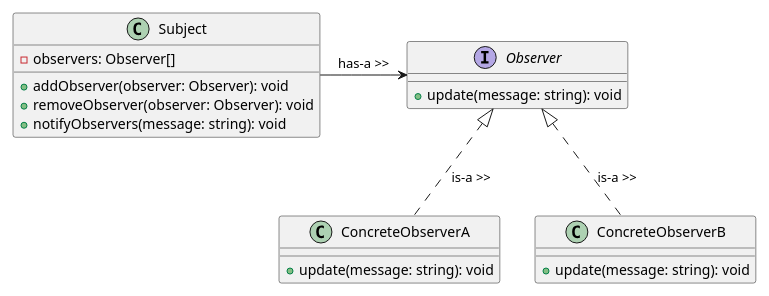
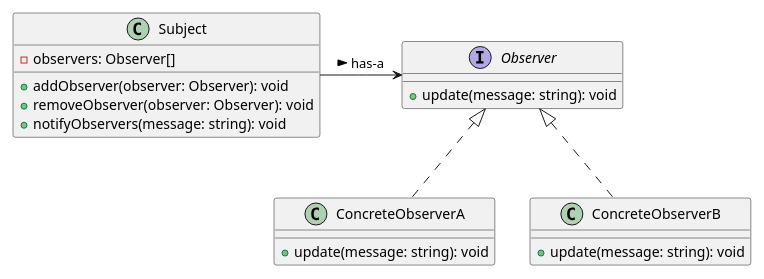
Before and after one commit to MC-Spraint/DSA-IN_TS-2024: the second of 11 diagrams in interview_prep/diagram.md, drawn with PlantUML. The commit also changed other lines of this file and 7 other files, not shown here.

```diff
--- a/interview_prep/diagram.md
+++ b/interview_prep/diagram.md
@@ -40,26 +39,26 @@
 @startuml
 scale 0.8
 interface Observer {
   + update(message: string): void
 }
 
 class Subject {
   - observers: Observer[]
   + addObserver(observer: Observer): void
   + removeObserver(observer: Observer): void
   + notifyObservers(message: string): void
 }
 
 class ConcreteObserverA {
   + update(message: string): void
 }
 
 class ConcreteObserverB {
   + update(message: string): void
 }
 
-Observer <|.. ConcreteObserverA : is-a >>
-Observer <|.. ConcreteObserverB : is-a >>
+Observer <|.. ConcreteObserverA
+Observer <|.. ConcreteObserverB
 
-Subject -right-> Observer : has-a >>
+Subject -right-> Observer : has-a >
 @enduml
```
